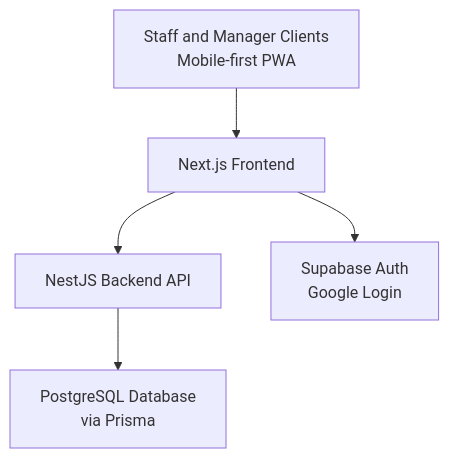
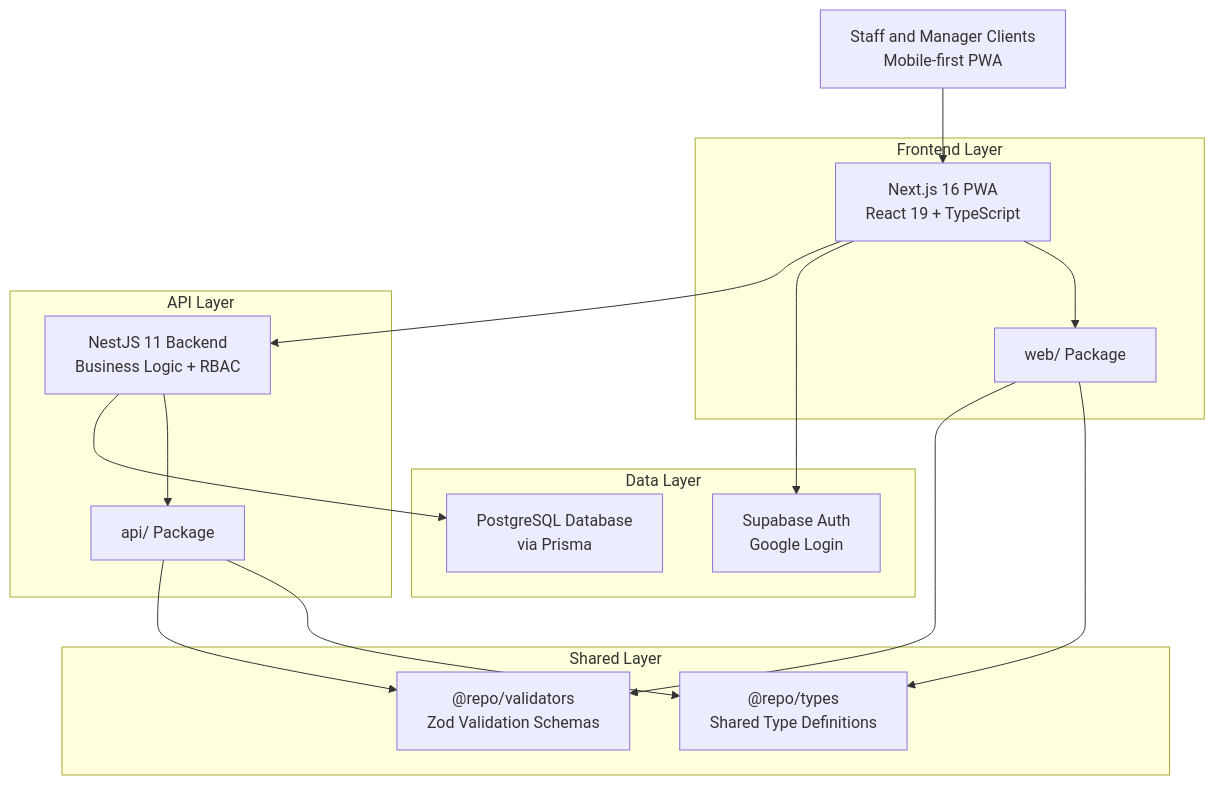
One commit to epo33m/scheduling changed the third of 9 diagrams in .qoder/repowiki/en/content/Project Overview/Project Overview.md. Above: the diagram before and after it, drawn with Mermaid. The commit also changed other lines of this file and 50 other files, not shown here.

````diff
--- a/.qoder/repowiki/en/content/Project Overview/Project Overview.md
+++ b/.qoder/repowiki/en/content/Project Overview/Project Overview.md
@@ -88,12 +166,30 @@
 ```mermaid
 graph TB
 Client["Staff and Manager Clients<br/>Mobile-first PWA"]
-NextJS["Next.js Frontend"]
-NestJS["NestJS Backend API"]
+subgraph "Frontend Layer"
+NextJS["Next.js 16 PWA<br/>React 19 + TypeScript"]
+WebPackage["web/ Package"]
+end
+subgraph "API Layer"
+NestJS["NestJS 11 Backend<br/>Business Logic + RBAC"]
+ApiPackage["api/ Package"]
+end
+subgraph "Shared Layer"
+Types["@repo/types<br/>Shared Type Definitions"]
+Validators["@repo/validators<br/>Zod Validation Schemas"]
+end
+subgraph "Data Layer"
 SupabaseAuth["Supabase Auth<br/>Google Login"]
 Postgres["PostgreSQL Database<br/>via Prisma"]
+end
 Client --> NextJS
+NextJS --> WebPackage
+WebPackage --> Types
+WebPackage --> Validators
 NextJS --> SupabaseAuth
 NextJS --> NestJS
+NestJS --> ApiPackage
+ApiPackage --> Types
+ApiPackage --> Validators
 NestJS --> Postgres
 ```
````
